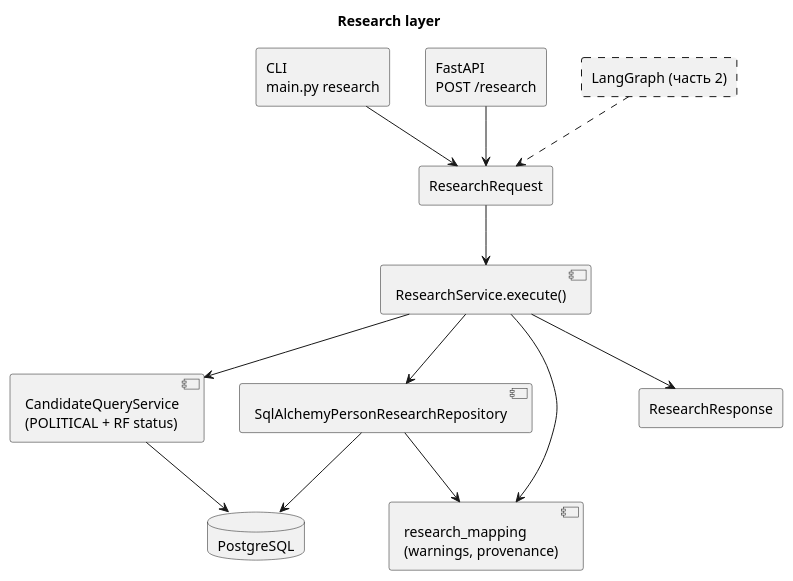
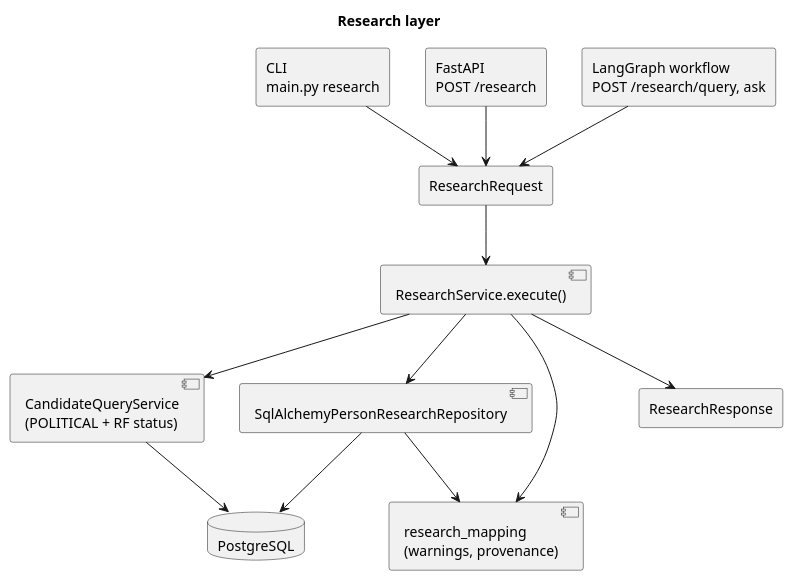
One commit to megannnn98/court-monitor changed the diagram in docs/wiki/Research.md. Above: the diagram before and after it, drawn with PlantUML. The commit also changed 7 other files, not shown here.

First line of the commit message:
docs: add ADR 0009 and research workflow wiki

````diff
--- a/docs/wiki/Research.md
+++ b/docs/wiki/Research.md
@@ -5,28 +5,28 @@
 ```plantuml
 @startuml
 title Research layer
 
 rectangle "CLI\nmain.py research" as CLI
 rectangle "FastAPI\nPOST /research" as API
-rectangle "LangGraph (часть 2)" as LG #line.dashed
+rectangle "LangGraph workflow\nPOST /research/query, ask" as LG
 rectangle "ResearchRequest" as Request
 component "ResearchService.execute()" as Service
 component "CandidateQueryService\n(POLITICAL + RF status)" as Candidate
 component "SqlAlchemyPersonResearchRepository" as Repo
 component "research_mapping\n(warnings, provenance)" as Mapping
 database "PostgreSQL" as DB
 rectangle "ResearchResponse" as Response
 
 CLI --> Request
 API --> Request
-LG ..> Request
+LG --> Request
 Request --> Service
 Service --> Candidate
 Service --> Repo
 Repo --> Mapping
 Service --> Mapping
 Candidate --> DB
 Repo --> DB
 Service --> Response
 @enduml
 ```
````
